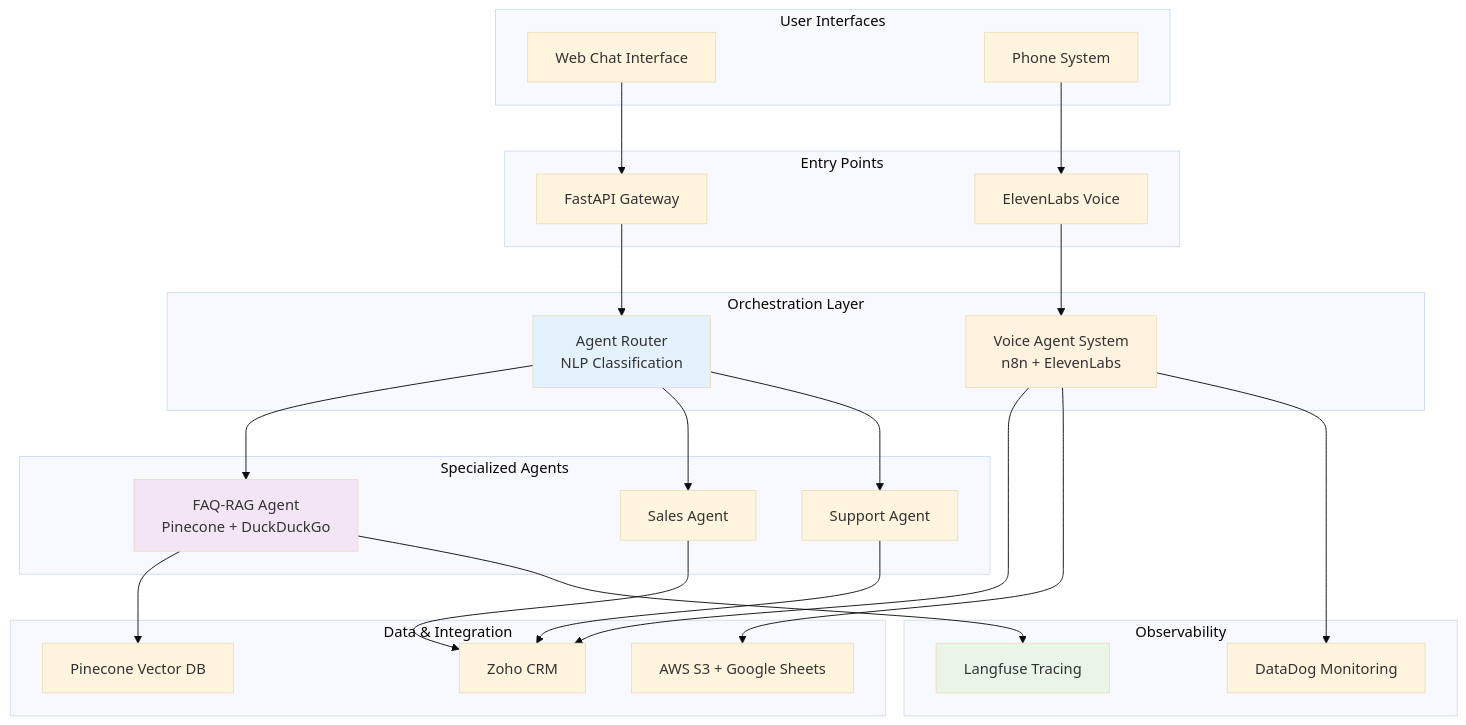
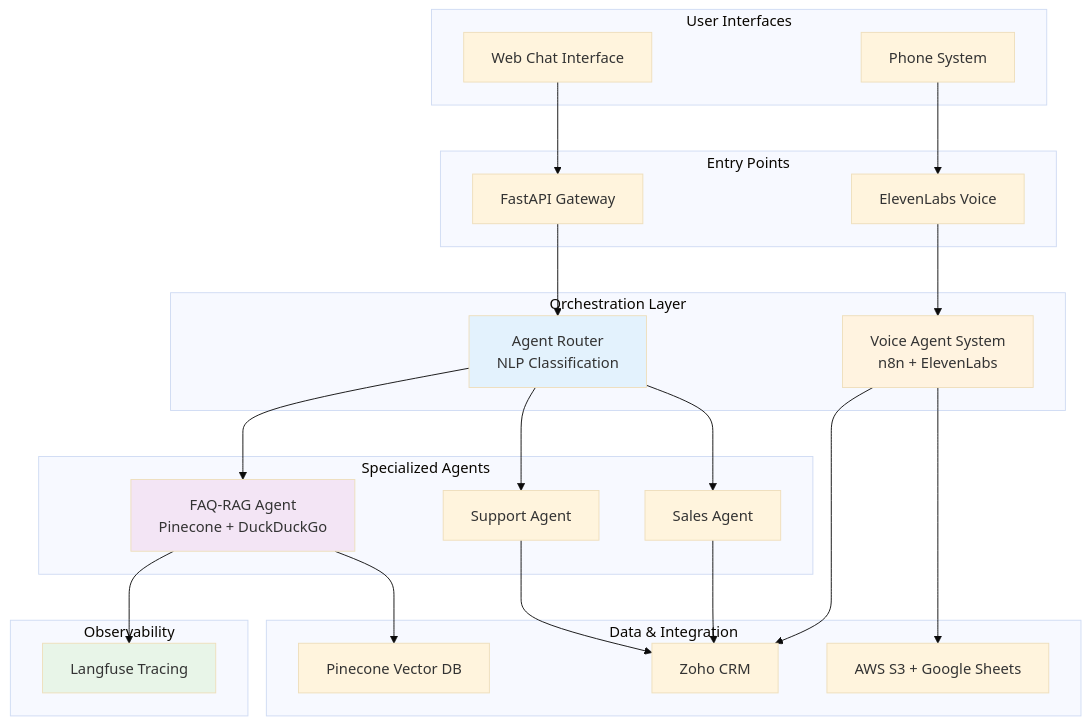
The first of 6 diagrams in technical-details.md (danielaloperahernandez/ai-agents-portfolio), drawn with Mermaid (base theme) before and after one commit. The commit also changed other lines of this file, not shown here.

````diff
--- a/technical-details.md
+++ b/technical-details.md
@@ -7,57 +7,55 @@
 ```mermaid
 graph TB
     subgraph "User Interfaces"
         A[Web Chat Interface]
         B[Phone System]
     end
     
     subgraph "Entry Points"
         C[FastAPI Gateway]
         D[ElevenLabs Voice]
     end
     
     subgraph "Orchestration Layer"
         E[Agent Router<br/>NLP Classification]
         F[Voice Agent System<br/>n8n + ElevenLabs]
     end
     
     subgraph "Specialized Agents"
         G[FAQ-RAG Agent<br/>Pinecone + DuckDuckGo]
         H[Sales Agent]
         I[Support Agent]
     end
     
     subgraph "Data & Integration"
         J[Pinecone Vector DB]
         K[Zoho CRM]
         L[AWS S3 + Google Sheets]
     end
     
     subgraph "Observability"
         M[Langfuse Tracing]
-        N[DataDog Monitoring]
     end
     
     A --> C
     B --> D
     C --> E
     D --> F
     
     E --> G
     E --> H
     E --> I
     F --> K
     
     G --> J
     H --> K
     I --> K
     F --> L
     
     G --> M
-    F --> N
     
     style E fill:#e3f2fd
     style G fill:#f3e5f5
     style F fill:#fff3e0
     style M fill:#e8f5e8
 ```
````
